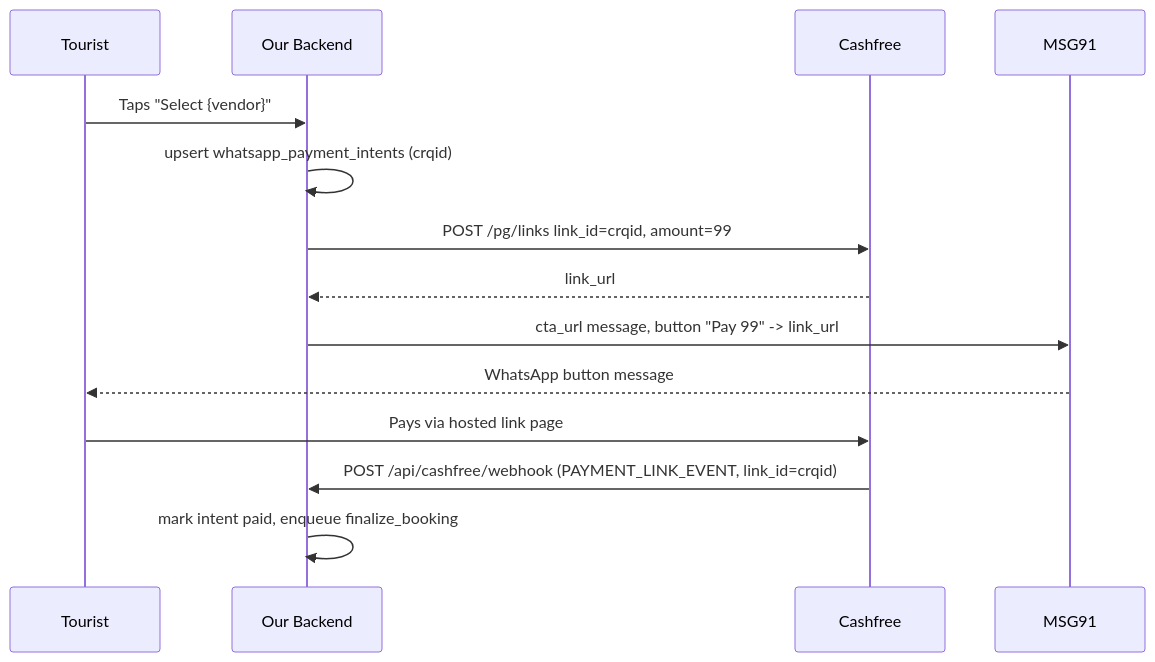
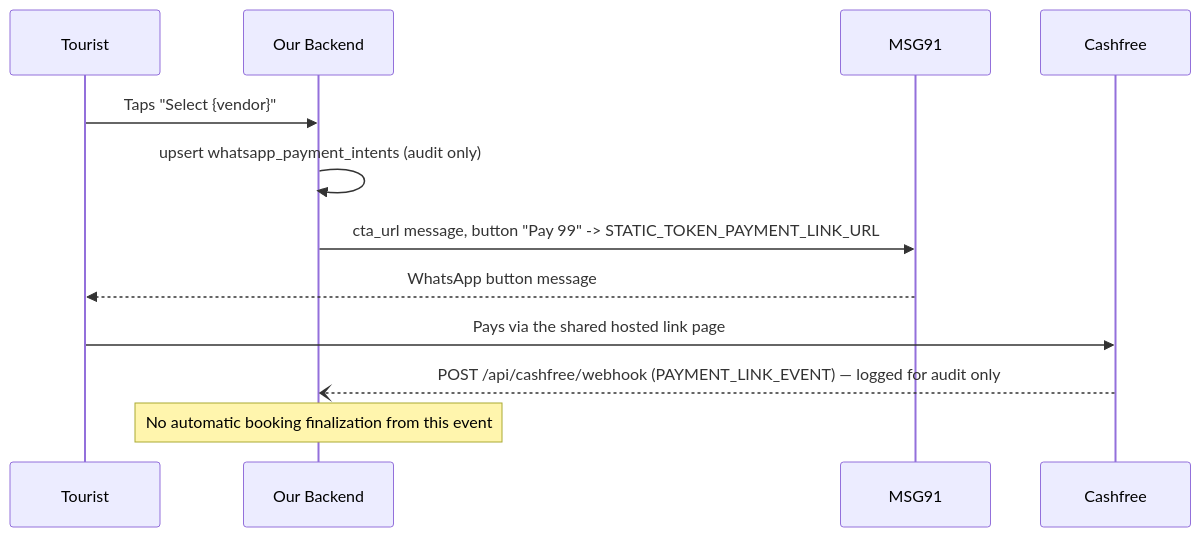
The diagram in docs/cashfree-payment-links-workaround.md (OwaisHilal/cab-bnb), drawn with Mermaid before and after one commit. The commit also changed other lines of this file and 16 other files, not shown here.

First line of the commit message:
refactor: update Cashfree integration for ₹99 token payments

````diff
--- a/docs/cashfree-payment-links-workaround.md
+++ b/docs/cashfree-payment-links-workaround.md
@@ -27,17 +54,15 @@
 ```mermaid
 sequenceDiagram
     participant Tourist
     participant App as Our Backend
+    participant Msg91 as MSG91
     participant Cashfree
-    participant Msg91 as MSG91
 
     Tourist->>App: Taps "Select {vendor}"
-    App->>App: upsert whatsapp_payment_intents (crqid)
-    App->>Cashfree: POST /pg/links link_id=crqid, amount=99
-    Cashfree-->>App: link_url
-    App->>Msg91: cta_url message, button "Pay 99" -> link_url
+    App->>App: upsert whatsapp_payment_intents (audit only)
+    App->>Msg91: cta_url message, button "Pay 99" -> STATIC_TOKEN_PAYMENT_LINK_URL
     Msg91-->>Tourist: WhatsApp button message
-    Tourist->>Cashfree: Pays via hosted link page
-    Cashfree->>App: POST /api/cashfree/webhook (PAYMENT_LINK_EVENT, link_id=crqid)
-    App->>App: mark intent paid, enqueue finalize_booking
+    Tourist->>Cashfree: Pays via the shared hosted link page
+    Cashfree--)App: POST /api/cashfree/webhook (PAYMENT_LINK_EVENT) — logged for audit only
+    Note over App: No automatic booking finalization from this event
 ```
````
